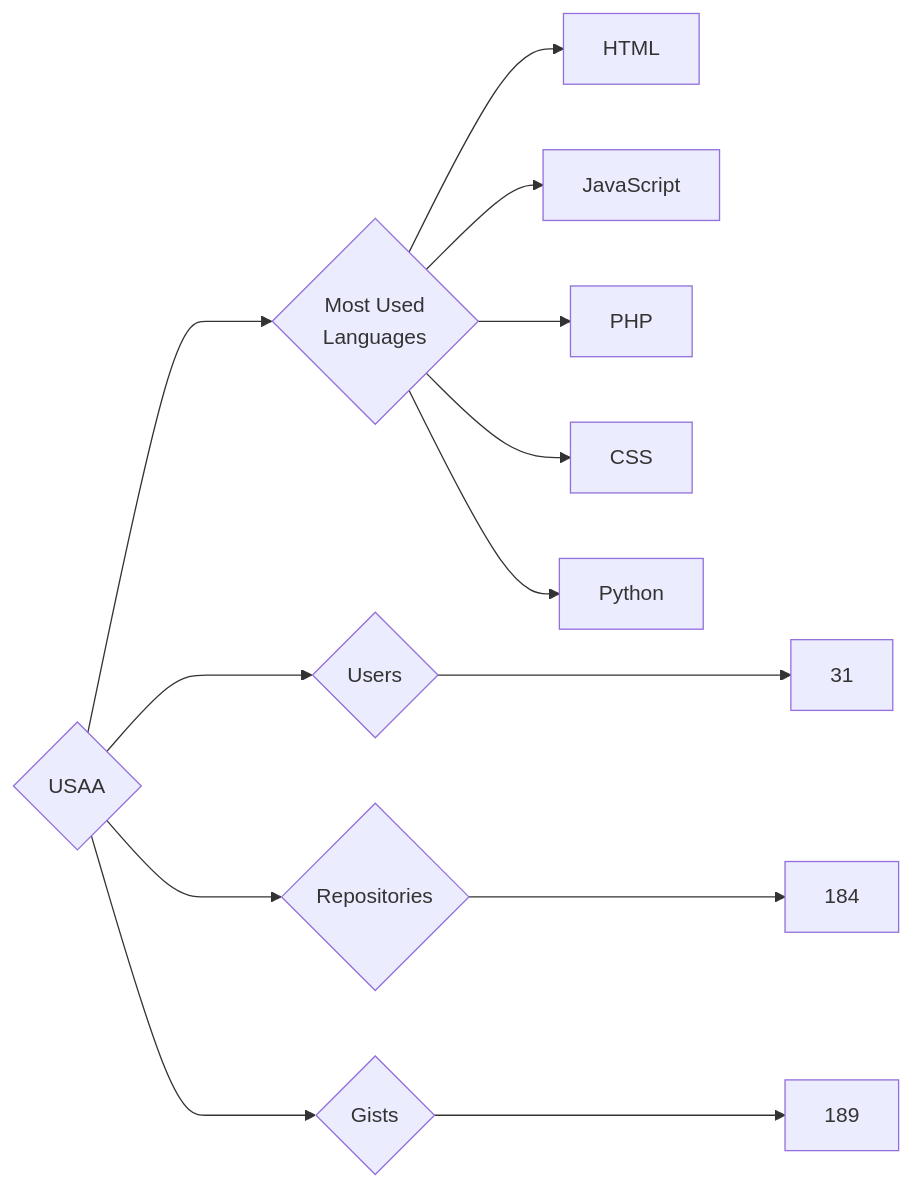
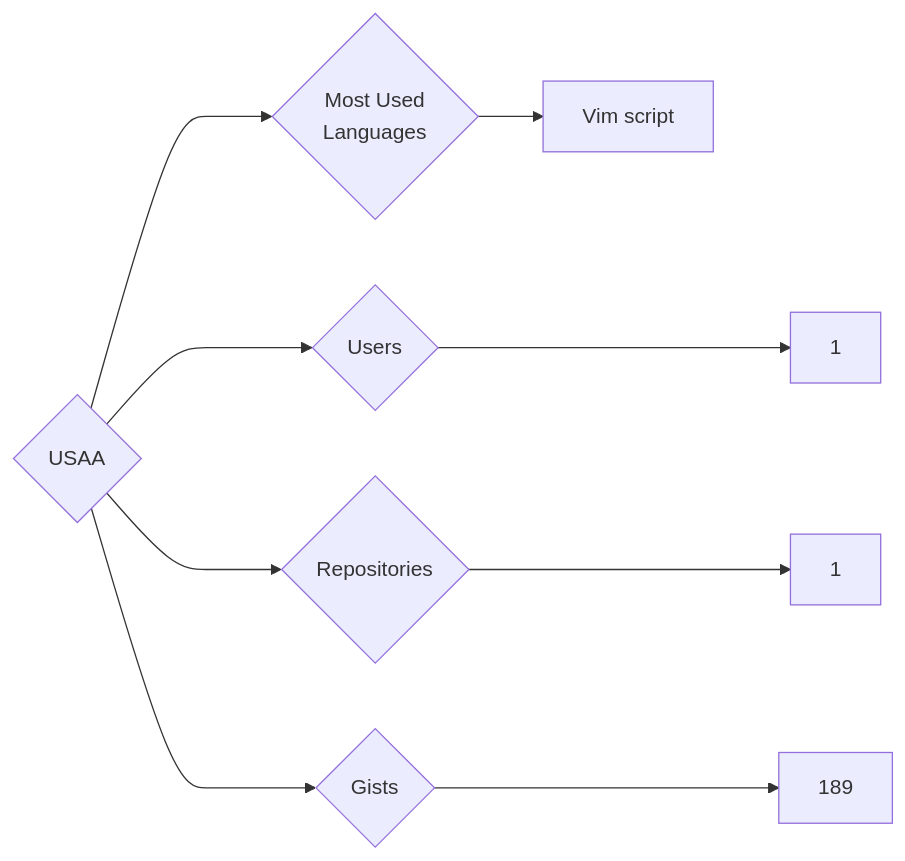
The diagram in targets/USAA/README.md (trickest/insiders), drawn with Mermaid before and after one commit. The commit also changed 681 other files, not shown here.

````diff
--- a/targets/USAA/README.md
+++ b/targets/USAA/README.md
@@ -3,13 +3,9 @@
 ```mermaid
 graph LR
 COMPANY_NAME{USAA}
-COMPANY_NAME ---> U{Users} ---> UN[31]
-COMPANY_NAME ---> R{Repositories} ---> RN[184]
+COMPANY_NAME ---> U{Users} ---> UN[1]
+COMPANY_NAME ---> R{Repositories} ---> RN[1]
 COMPANY_NAME ---> G{Gists} ---> GN[189]
 COMPANY_NAME ---> ML{Most Used<br>Languages}
-ML --> HTML[HTML]
-ML --> JavaScript[JavaScript]
-ML --> PHP[PHP]
-ML --> CSS[CSS]
-ML --> Python[Python]
+ML --> Vim_script[Vim script]
 ```
````
